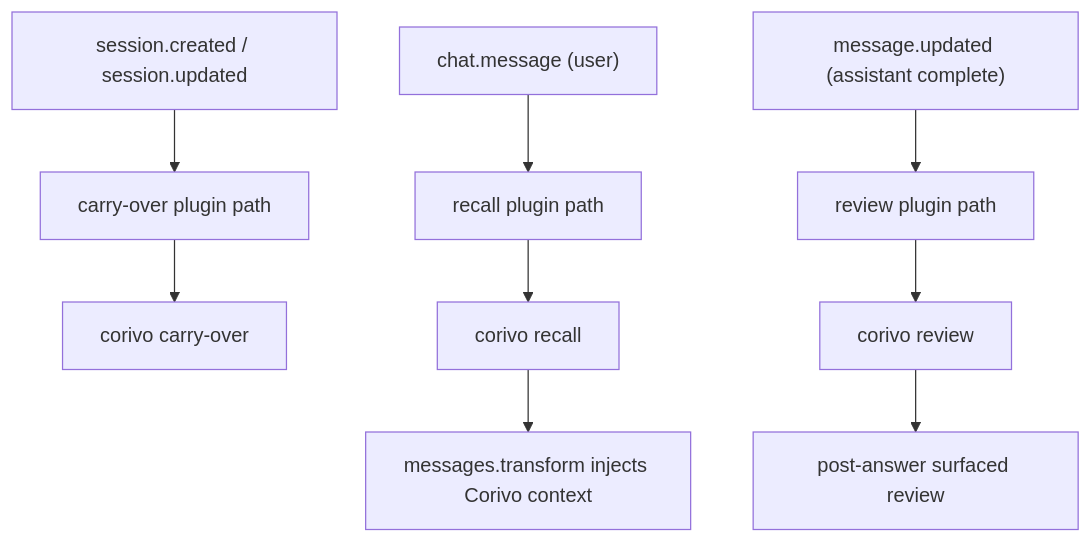
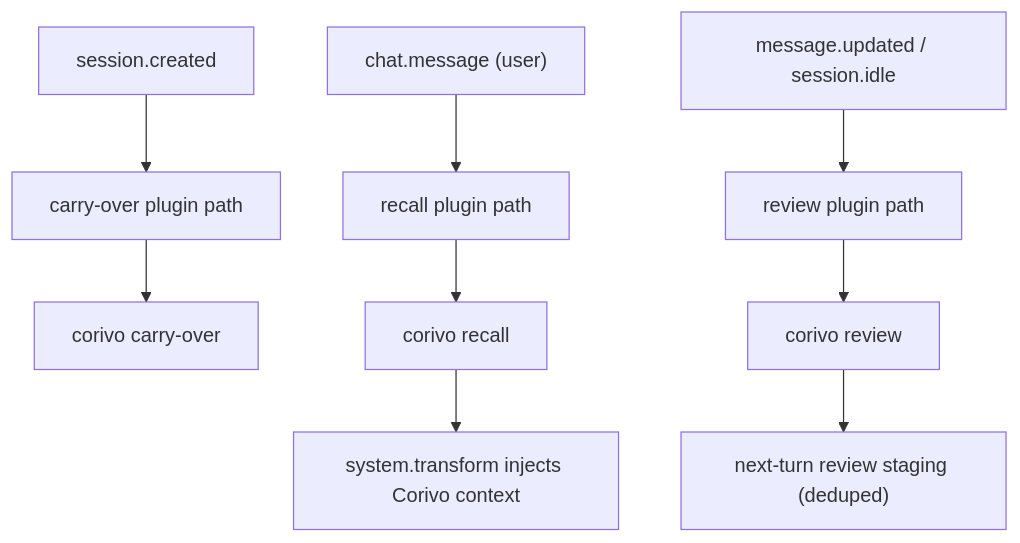
Before and after one commit to yuanze-dev/Corivo: the third of 4 diagrams in docs/superpowers/specs/2026-03-30-multi-host-active-memory-design.md, drawn with Mermaid. The commit also changed other lines of this file and 18 other files, not shown here.

````diff
--- a/docs/superpowers/specs/2026-03-30-multi-host-active-memory-design.md
+++ b/docs/superpowers/specs/2026-03-30-multi-host-active-memory-design.md
@@ -150,13 +150,13 @@
 ```mermaid
 flowchart TD
-    A["session.created / session.updated"] --> B["carry-over plugin path"]
+    A["session.created"] --> B["carry-over plugin path"]
     C["chat.message (user)"] --> D["recall plugin path"]
-    E["message.updated (assistant complete)"] --> F["review plugin path"]
+    E["message.updated / session.idle"] --> F["review plugin path"]
 
     B --> G["corivo carry-over"]
     D --> H["corivo recall"]
     F --> I["corivo review"]
 
-    H --> J["messages.transform injects Corivo context"]
-    I --> K["post-answer surfaced review"]
+    H --> J["system.transform injects Corivo context"]
+    I --> K["next-turn review staging (deduped)"]
 ```
````
